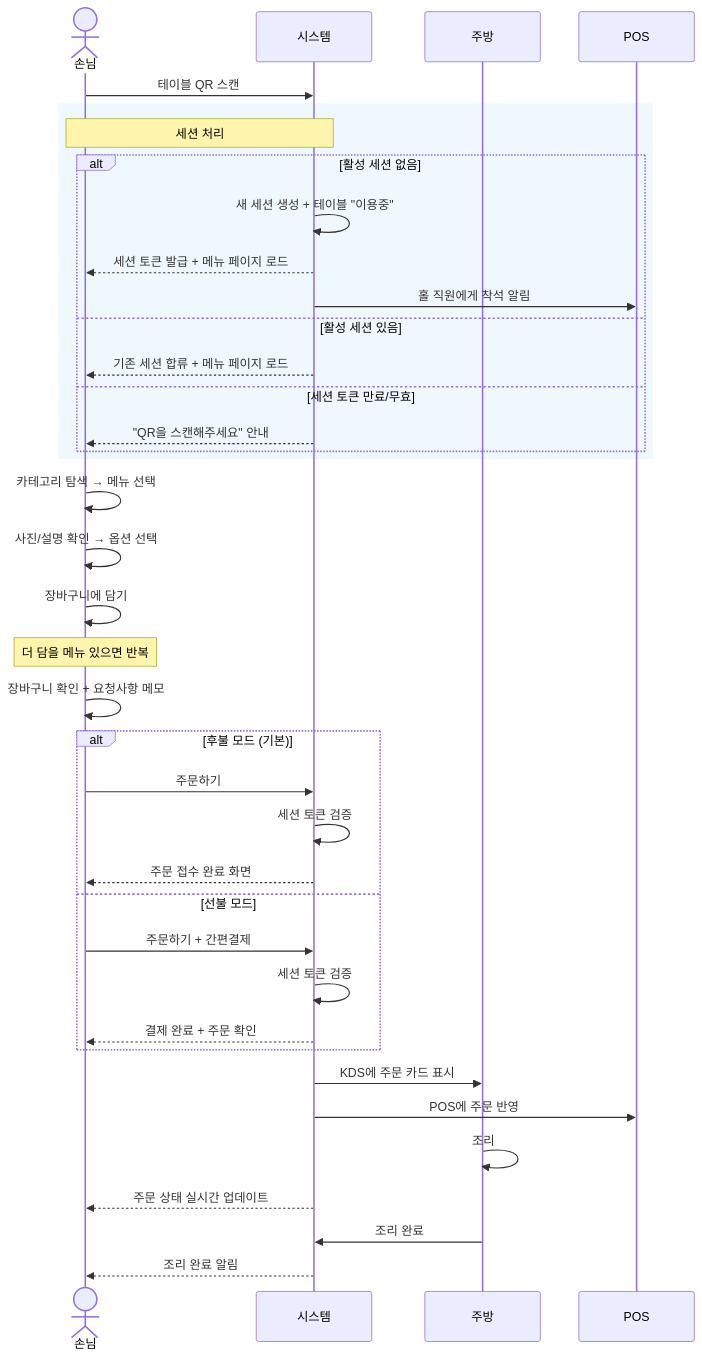
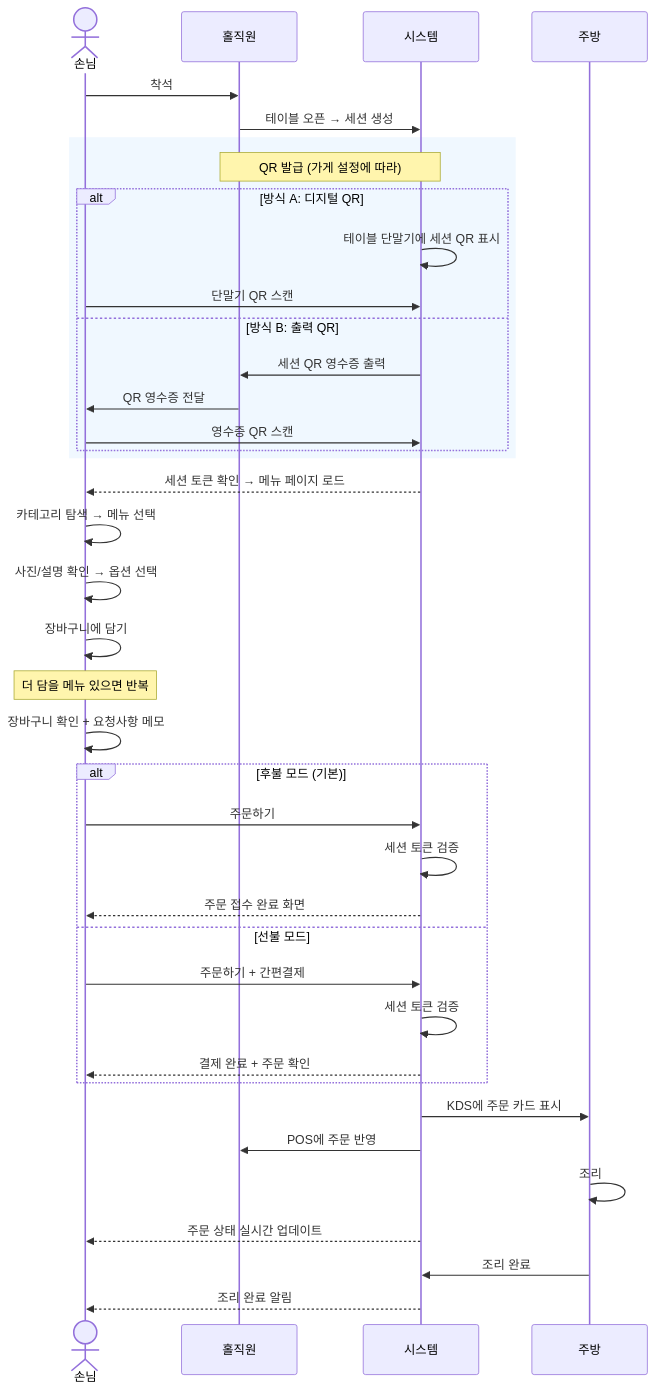
The third of 13 diagrams in docs/08-workflow-diagrams.md (JangHyeonHo/ProjectSMS), drawn with Mermaid before and after one commit. The commit also changed other lines of this file and 2 other files, not shown here.

Commit message:
docs: replace static QR with session-based dynamic QR system
Static sticker QR allowed external access and stealth ordering.
Replaced with two dynamic QR modes (store setting):
- Mode A: digital QR on table display, auto-refreshes per session
- Mode B: printed session QR receipt, handed to customer at seating

QR now contains session token — no token means no ordering.
Session created by staff at table open, not by customer scan.

Updated: QR ordering spec, table management, workflow diagrams (W1, W3).

Claude-Session: https://claude.ai/code/session_01LMF9EHksrqDvV5KWNKKqwK

````diff
--- a/docs/08-workflow-diagrams.md
+++ b/docs/08-workflow-diagrams.md
@@ -82,47 +84,49 @@
 ```mermaid
 sequenceDiagram
     actor 손님
+    participant 홀직원
     participant 시스템
     participant 주방
-    participant POS
 
-    손님->>시스템: 테이블 QR 스캔
+    손님->>홀직원: 착석
+    홀직원->>시스템: 테이블 오픈 → 세션 생성
 
     rect rgb(240, 248, 255)
-        Note over 손님, 시스템: 세션 처리
-        alt 활성 세션 없음
-            시스템->>시스템: 새 세션 생성 + 테이블 "이용중"
-            시스템-->>손님: 세션 토큰 발급 + 메뉴 페이지 로드
-            시스템->>POS: 홀 직원에게 착석 알림
-        else 활성 세션 있음
-            시스템-->>손님: 기존 세션 합류 + 메뉴 페이지 로드
-        else 세션 토큰 만료/무효
-            시스템-->>손님: "QR을 스캔해주세요" 안내
+        Note over 홀직원, 시스템: QR 발급 (가게 설정에 따라)
+        alt 방식 A: 디지털 QR
+            시스템->>시스템: 테이블 단말기에 세션 QR 표시
+            손님->>시스템: 단말기 QR 스캔
+        else 방식 B: 출력 QR
+            시스템->>홀직원: 세션 QR 영수증 출력
+            홀직원->>손님: QR 영수증 전달
+            손님->>시스템: 영수증 QR 스캔
         end
     end
+
+    시스템-->>손님: 세션 토큰 확인 → 메뉴 페이지 로드
 
     손님->>손님: 카테고리 탐색 → 메뉴 선택
     손님->>손님: 사진/설명 확인 → 옵션 선택
     손님->>손님: 장바구니에 담기
 
     Note over 손님: 더 담을 메뉴 있으면 반복
 
     손님->>손님: 장바구니 확인 + 요청사항 메모
 
     alt 후불 모드 (기본)
         손님->>시스템: 주문하기
         시스템->>시스템: 세션 토큰 검증
         시스템-->>손님: 주문 접수 완료 화면
     else 선불 모드
         손님->>시스템: 주문하기 + 간편결제
         시스템->>시스템: 세션 토큰 검증
         시스템-->>손님: 결제 완료 + 주문 확인
     end
 
     시스템->>주방: KDS에 주문 카드 표시
-    시스템->>POS: POS에 주문 반영
+    시스템->>홀직원: POS에 주문 반영
     주방->>주방: 조리
     시스템-->>손님: 주문 상태 실시간 업데이트
     주방->>시스템: 조리 완료
     시스템-->>손님: 조리 완료 알림
 ```
````
